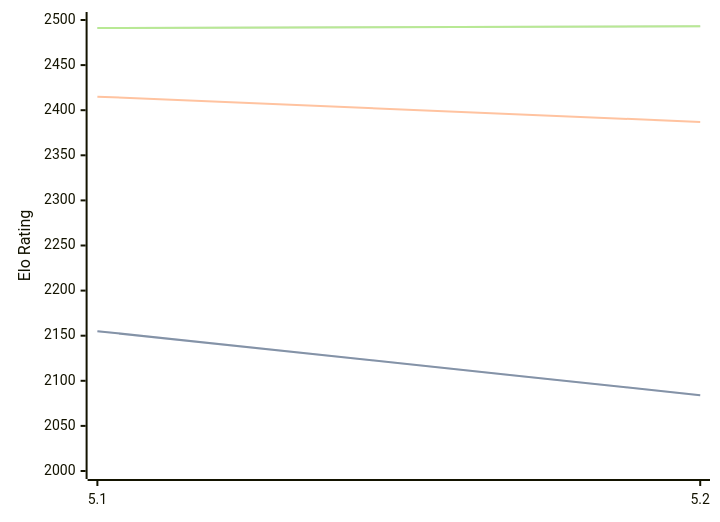
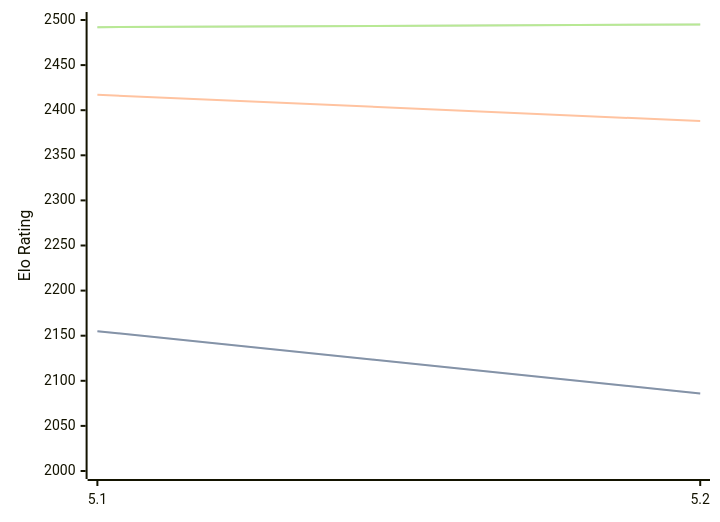
Before and after one commit to computer-chess-index/cci: the third of 3 diagrams in engines/Prophet.md, drawn with Mermaid. The commit also changed other lines of this file, not shown here.

Commit message:
Update CCI Ratings (ELO VLTC) - 2026-07-08

````diff
--- a/engines/Prophet.md
+++ b/engines/Prophet.md
@@ -71,11 +71,11 @@
 ```mermaid
 %%{init: {"theme":"base","themeVariables":{"seriesColors:['#a3a3a3','#222221','#faa371']}}}%%
 xychart-beta
   x-axis ["5.1", "5.2"]
   y-axis "Elo Rating" 2000 --> 2500
-  line "STC (8.0+0.08s)" [2155, 2084]
-  line "STC (8.0+0.08s)" [2155, 2084]
-  line "LTC (60.0+0.60s)" [2415, 2387]
-  line "VLTC (2m24s+1.12s)" [2491, 2493]
-  line "VLTC (2m24s+1.12s)" [2491, 2493]
+  line "STC (8.0+0.08s)" [2155, 2086]
+  line "STC (8.0+0.08s)" [2155, 2086]
+  line "LTC (60.0+0.60s)" [2417, 2388]
+  line "VLTC (2m24s+1.12s)" [2492, 2495]
+  line "VLTC (2m24s+1.12s)" [2492, 2495]
 ```
````
